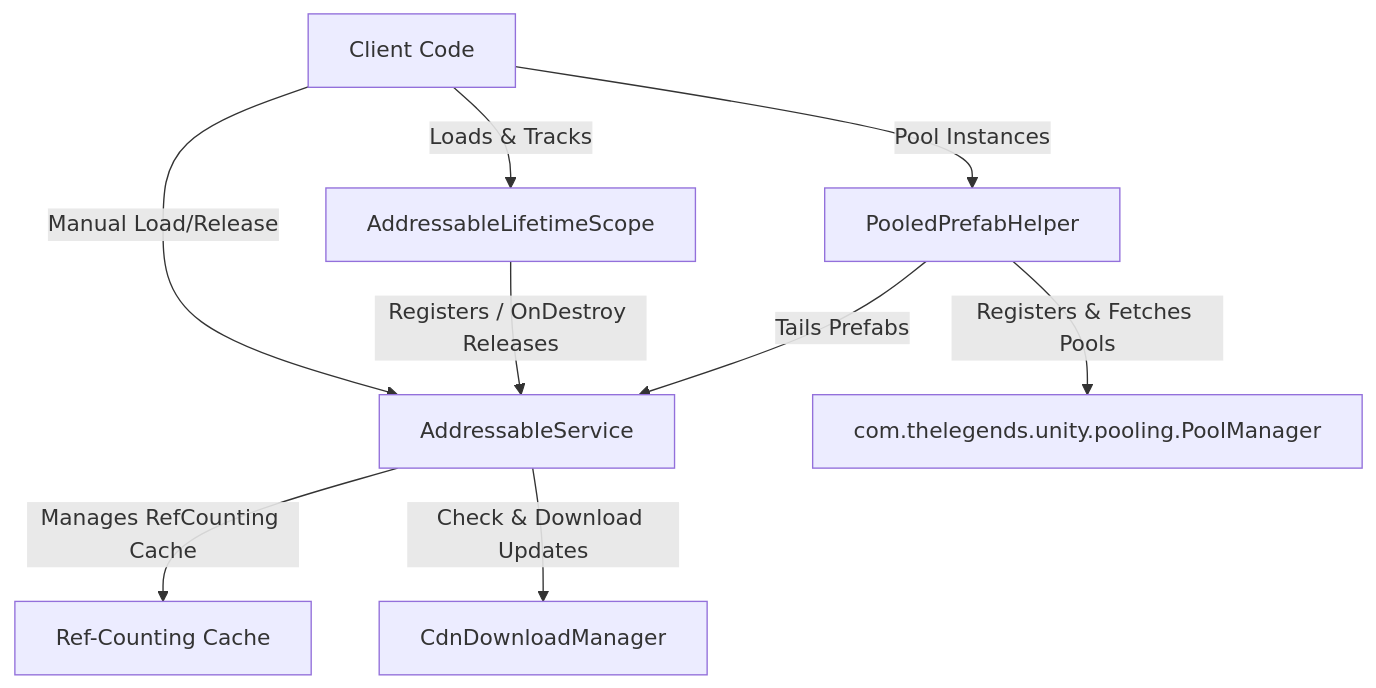
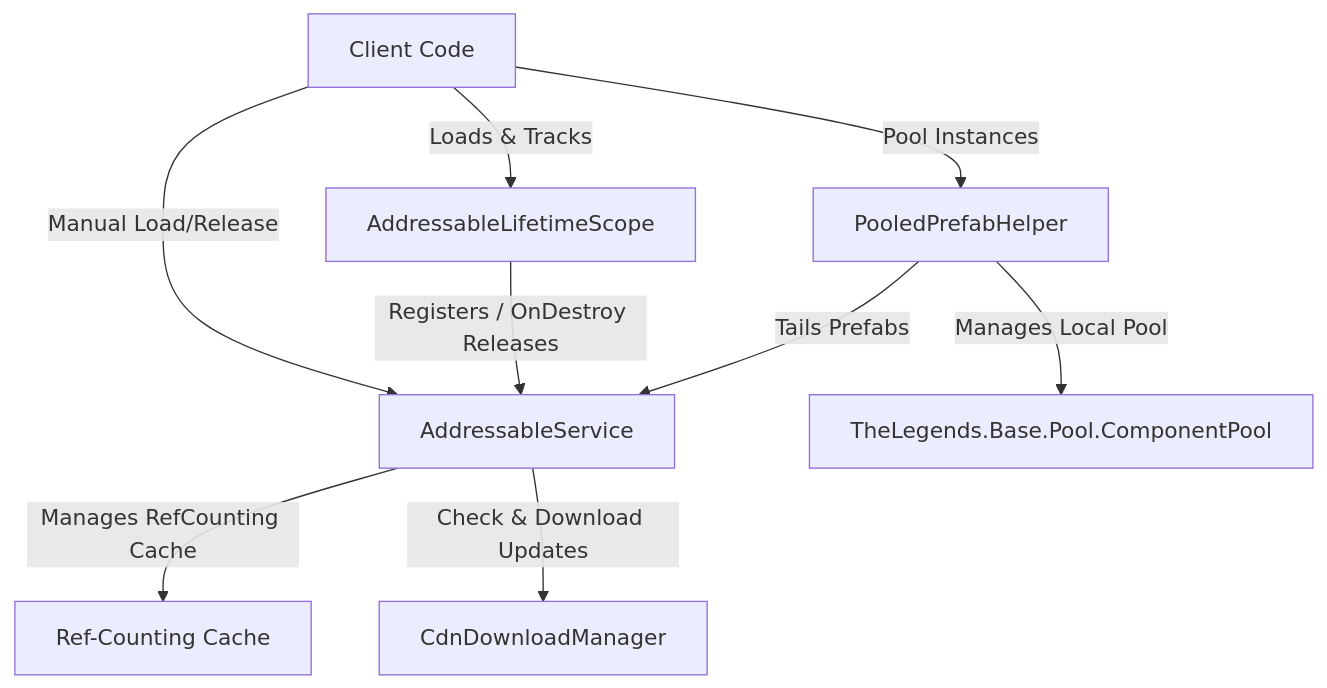
The diagram in com.thelegends.addressables.manager/Packages/com.thelegends.addressables.manager/README.md (Unity-UPM-Packages/Addressables-Manager), drawn with Mermaid before and after one commit. The commit also changed other lines of this file and 8 other files, not shown here.

````diff
--- a/com.thelegends.addressables.manager/Packages/com.thelegends.addressables.manager/README.md
+++ b/com.thelegends.addressables.manager/Packages/com.thelegends.addressables.manager/README.md
@@ -33,13 +33,13 @@
 ```mermaid
 graph TD
     ClientCode[Client Code] -->|Loads & Tracks| LifetimeScope[AddressableLifetimeScope]
     ClientCode -->|Manual Load/Release| AddrService[AddressableService]
     ClientCode -->|Pool Instances| PoolHelper[PooledPrefabHelper]
     
     LifetimeScope -->|Registers / OnDestroy Releases| AddrService
     PoolHelper -->|Tails Prefabs| AddrService
-    PoolHelper -->|Registers & Fetches Pools| PoolManager[com.thelegends.unity.pooling.PoolManager]
+    PoolHelper -->|Manages Local Pool| ComponentPool[TheLegends.Base.Pool.ComponentPool]
     
     AddrService -->|Manages RefCounting Cache| Cache[Ref-Counting Cache]
     AddrService -->|Check & Download Updates| CdnManager[CdnDownloadManager]
 ```
````
